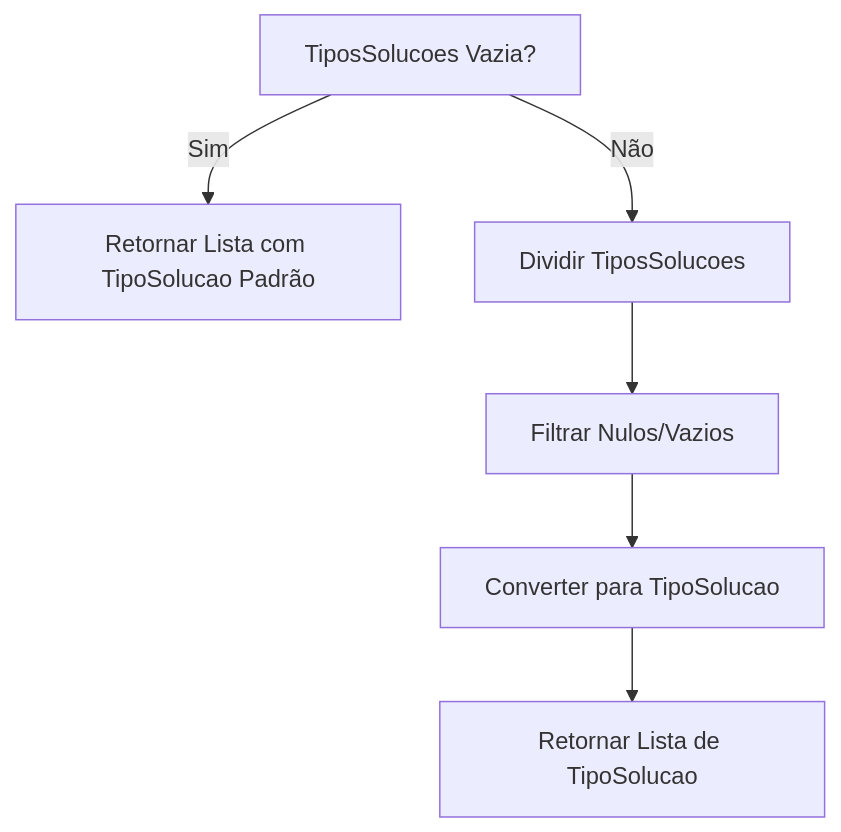
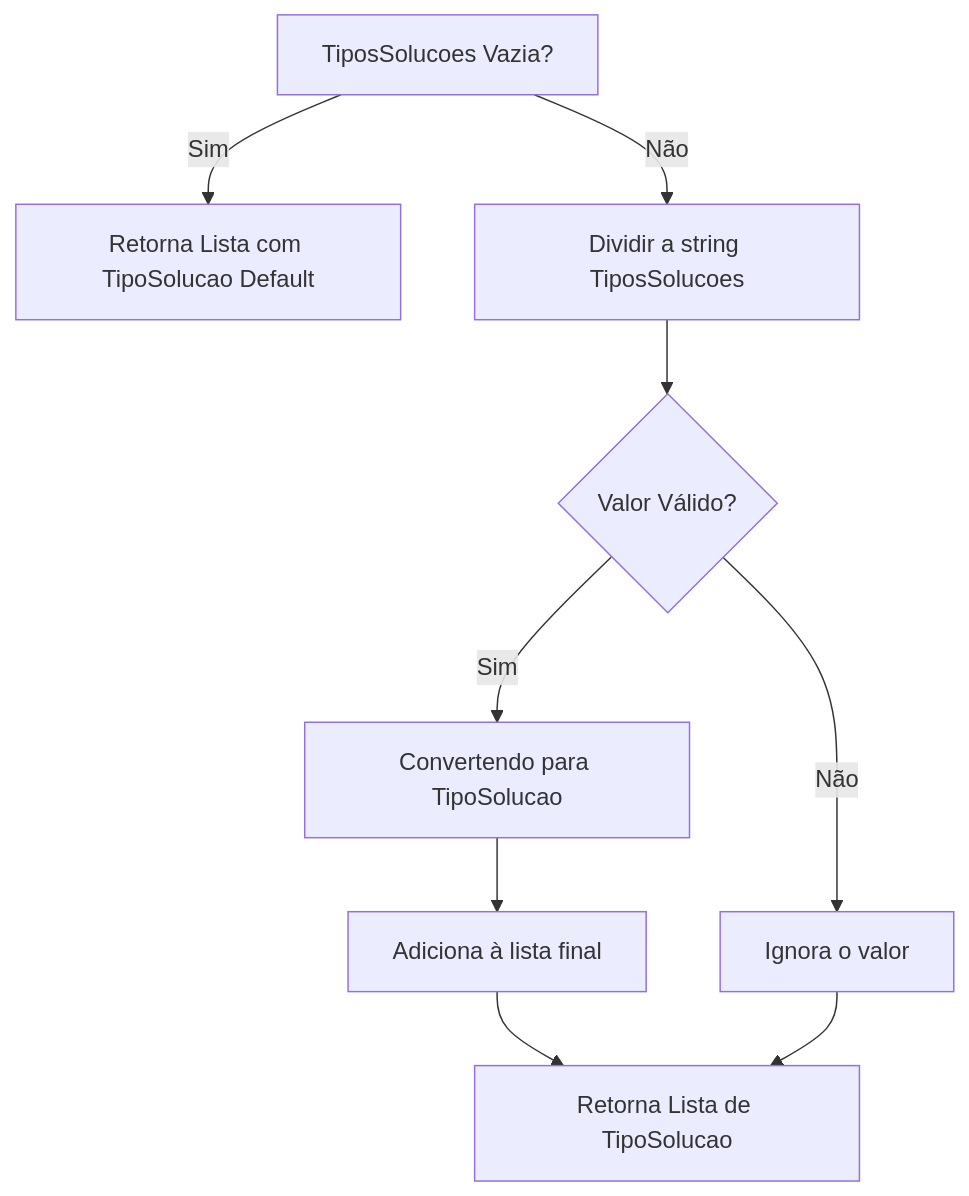
One commit to IsthmusSistemas/documentacao-tecnica changed the first of 2 diagrams in docs/b2b-dominio/IsthmusWinthor.Nucleo/IsthmusWinthor.Dominio/Entidades/Banner.md. Above: the diagram before and after it, drawn with Mermaid. The commit also changed other lines of this file and 882 other files, not shown here.

````diff
--- a/docs/b2b-dominio/IsthmusWinthor.Nucleo/IsthmusWinthor.Dominio/Entidades/Banner.md
+++ b/docs/b2b-dominio/IsthmusWinthor.Nucleo/IsthmusWinthor.Dominio/Entidades/Banner.md
@@ -20,8 +20,11 @@
 ```mermaid
 flowchart TD
-    A[TiposSolucoes Vazia?] -->|Sim| B[Retornar Lista com TipoSolucao Padrão]
-    A -->|Não| C[Dividir TiposSolucoes]
-    C --> D[Filtrar Nulos/Vazios]
-    D --> E[Converter para TipoSolucao]
-    E --> F[Retornar Lista de TipoSolucao]
+    A[TiposSolucoes Vazia?] -->|Sim| B[Retorna Lista com TipoSolucao Default]
+    A -->|Não| C[Dividir a string TiposSolucoes]
+    C --> D{Valor Válido?}
+    D -->|Sim| E[Convertendo para TipoSolucao]
+    D -->|Não| F[Ignora o valor]
+    E --> G[Adiciona à lista final]
+    G --> H[Retorna Lista de TipoSolucao]
+    F --> H
 ```
````
